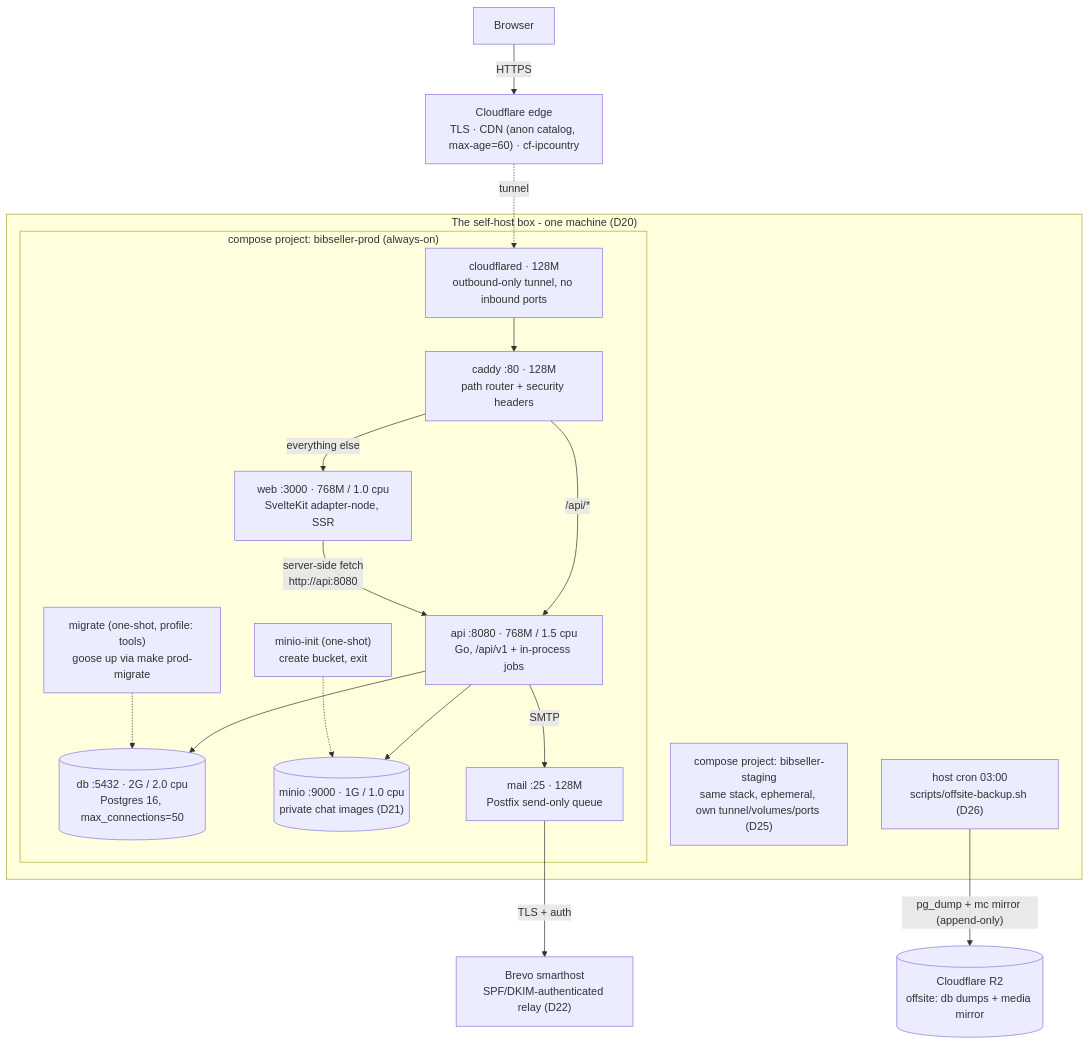
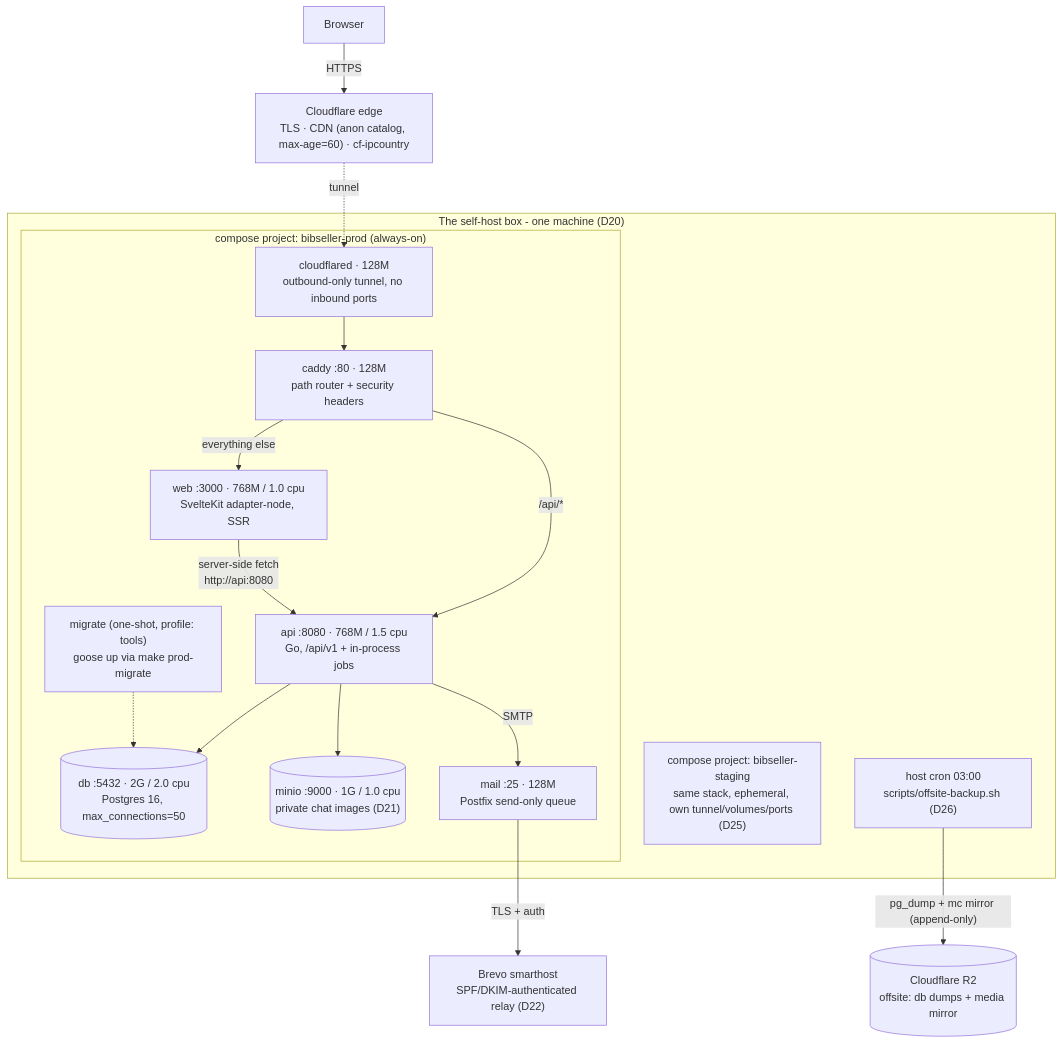
One commit to leonfullxr/bibseller changed the first of 6 diagrams in docs/SCALING.md. Above: the diagram before and after it, drawn with Mermaid. The commit also changed other lines of this file and 6 other files, not shown here.

First line of the commit message:
refactor(ci/infra): drop redundant CI steps/env, the minio-init service, and the Dockerfile USER (#179)

````diff
--- a/docs/SCALING.md
+++ b/docs/SCALING.md
@@ -27,38 +27,36 @@
 ```mermaid
 flowchart TB
     B["Browser"]
     CF["Cloudflare edge<br/>TLS · CDN (anon catalog, max-age=60) · cf-ipcountry"]
 
     subgraph BOX["The self-host box - one machine (D20)"]
         subgraph PRODSTACK["compose project: bibseller-prod (always-on)"]
             CD["cloudflared · 128M<br/>outbound-only tunnel, no inbound ports"]
             CADDY["caddy :80 · 128M<br/>path router + security headers"]
             WEB["web :3000 · 768M / 1.0 cpu<br/>SvelteKit adapter-node, SSR"]
             API["api :8080 · 768M / 1.5 cpu<br/>Go, /api/v1 + in-process jobs"]
             PG[("db :5432 · 2G / 2.0 cpu<br/>Postgres 16, max_connections=50")]
             MINIO[("minio :9000 · 1G / 1.0 cpu<br/>private chat images (D21)")]
             MAIL["mail :25 · 128M<br/>Postfix send-only queue"]
             MIG["migrate (one-shot, profile: tools)<br/>goose up via make prod-migrate"]
-            MINIT["minio-init (one-shot)<br/>create bucket, exit"]
         end
         STG["compose project: bibseller-staging<br/>same stack, ephemeral, own tunnel/volumes/ports (D25)"]
         CRON["host cron 03:00<br/>scripts/offsite-backup.sh (D26)"]
     end
 
     R2[("Cloudflare R2<br/>offsite: db dumps + media mirror")]
     BREVO["Brevo smarthost<br/>SPF/DKIM-authenticated relay (D22)"]
 
     B -->|HTTPS| CF
     CF -.->|tunnel| CD
     CD --> CADDY
     CADDY -->|"/api/*"| API
     CADDY -->|"everything else"| WEB
     WEB -->|"server-side fetch<br/>http://api:8080"| API
     API --> PG
     API --> MINIO
     API -->|SMTP| MAIL
     MAIL -->|TLS + auth| BREVO
     MIG -.-> PG
-    MINIT -.-> MINIO
     CRON -->|"pg_dump + mc mirror (append-only)"| R2
 ```
````
